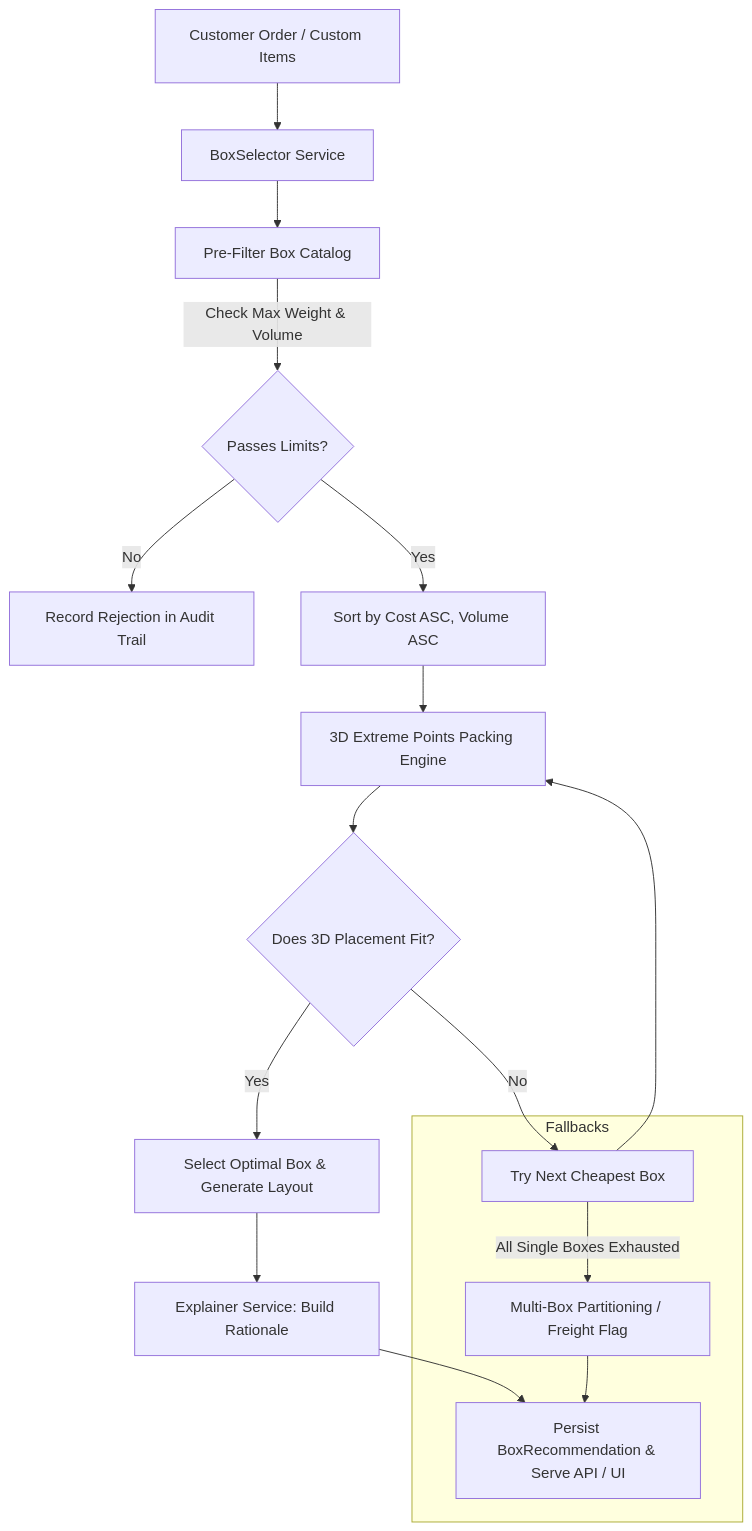
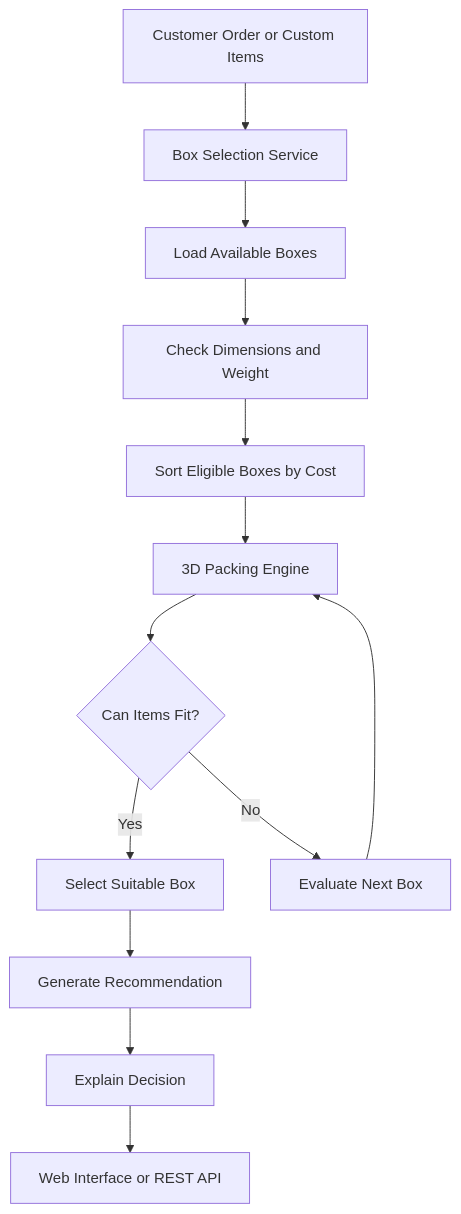
Before and after one commit to sjaiswal0056/Assignment---Python_Django-Developer: the diagram in README.md, drawn with Mermaid. The commit also changed other lines of this file, not shown here.

````diff
--- a/README.md
+++ b/README.md
@@ -49,20 +63,15 @@
 ```mermaid
 flowchart TD
-    A["Customer Order / Custom Items"] --> B["BoxSelector Service"]
-    B --> C["Pre-Filter Box Catalog"]
-    C -->|Check Max Weight & Volume| D{"Passes Limits?"}
-    D -- No --> E["Record Rejection in Audit Trail"]
-    D -- Yes --> F["Sort by Cost ASC, Volume ASC"]
-    F --> G["3D Extreme Points Packing Engine"]
-    G --> H{"Does 3D Placement Fit?"}
-    H -- Yes --> I["Select Optimal Box & Generate Layout"]
-    H -- No --> J["Try Next Cheapest Box"]
-    J --> G
-    I --> K["Explainer Service: Build Rationale"]
-    K --> L["Persist BoxRecommendation & Serve API / UI"]
-    
-    subgraph Fallbacks
-        J -->|All Single Boxes Exhausted| M["Multi-Box Partitioning / Freight Flag"]
-        M --> L
-    end
+    A[Customer Order or Custom Items] --> B[Box Selection Service]
+    B --> C[Load Available Boxes]
+    C --> D[Check Dimensions and Weight]
+    D --> E[Sort Eligible Boxes by Cost]
+    E --> F[3D Packing Engine]
+    F --> G{Can Items Fit?}
+    G -->|Yes| H[Select Suitable Box]
+    G -->|No| I[Evaluate Next Box]
+    I --> F
+    H --> J[Generate Recommendation]
+    J --> K[Explain Decision]
+    K --> L[Web Interface or REST API]
 ```
````
